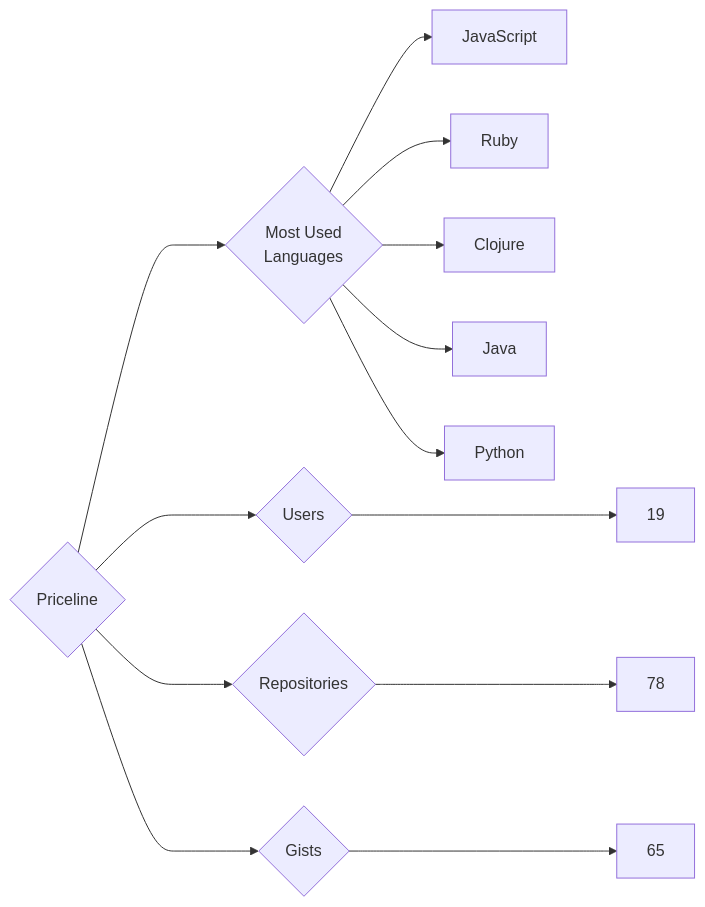
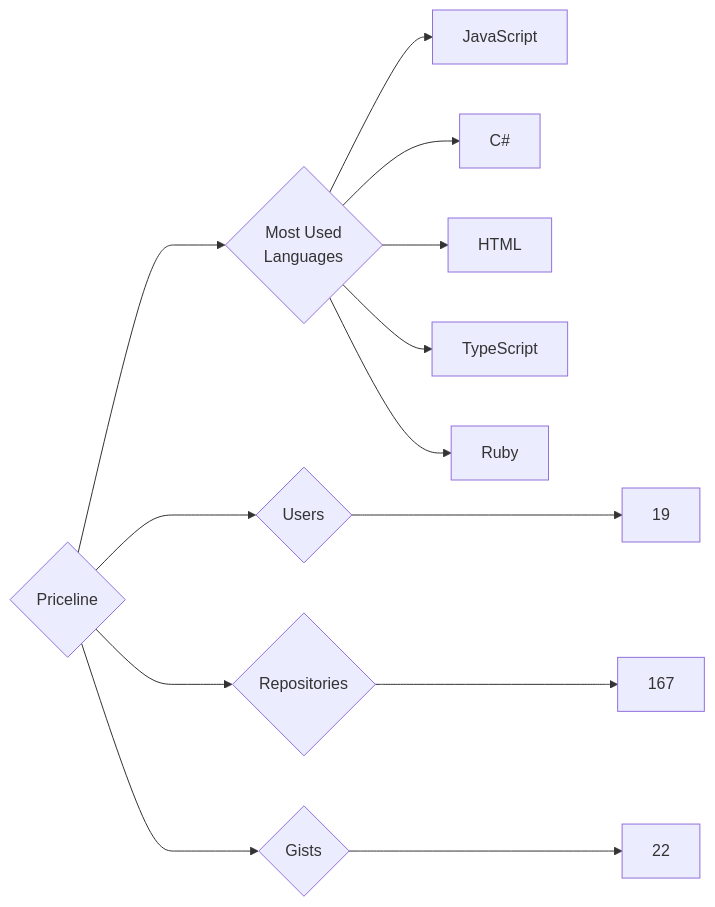
The diagram in targets/Priceline/README.md (trickest/insiders), drawn with Mermaid before and after one commit. The commit also changed 839 other files, not shown here.

````diff
--- a/targets/Priceline/README.md
+++ b/targets/Priceline/README.md
@@ -3,13 +3,13 @@
 ```mermaid
 graph LR
 COMPANY_NAME{Priceline}
 COMPANY_NAME ---> U{Users} ---> UN[19]
-COMPANY_NAME ---> R{Repositories} ---> RN[78]
-COMPANY_NAME ---> G{Gists} ---> GN[65]
+COMPANY_NAME ---> R{Repositories} ---> RN[167]
+COMPANY_NAME ---> G{Gists} ---> GN[22]
 COMPANY_NAME ---> ML{Most Used<br>Languages}
 ML --> JavaScript[JavaScript]
+ML --> C#[C#]
+ML --> HTML[HTML]
+ML --> TypeScript[TypeScript]
 ML --> Ruby[Ruby]
-ML --> Clojure[Clojure]
-ML --> Java[Java]
-ML --> Python[Python]
 ```
````
